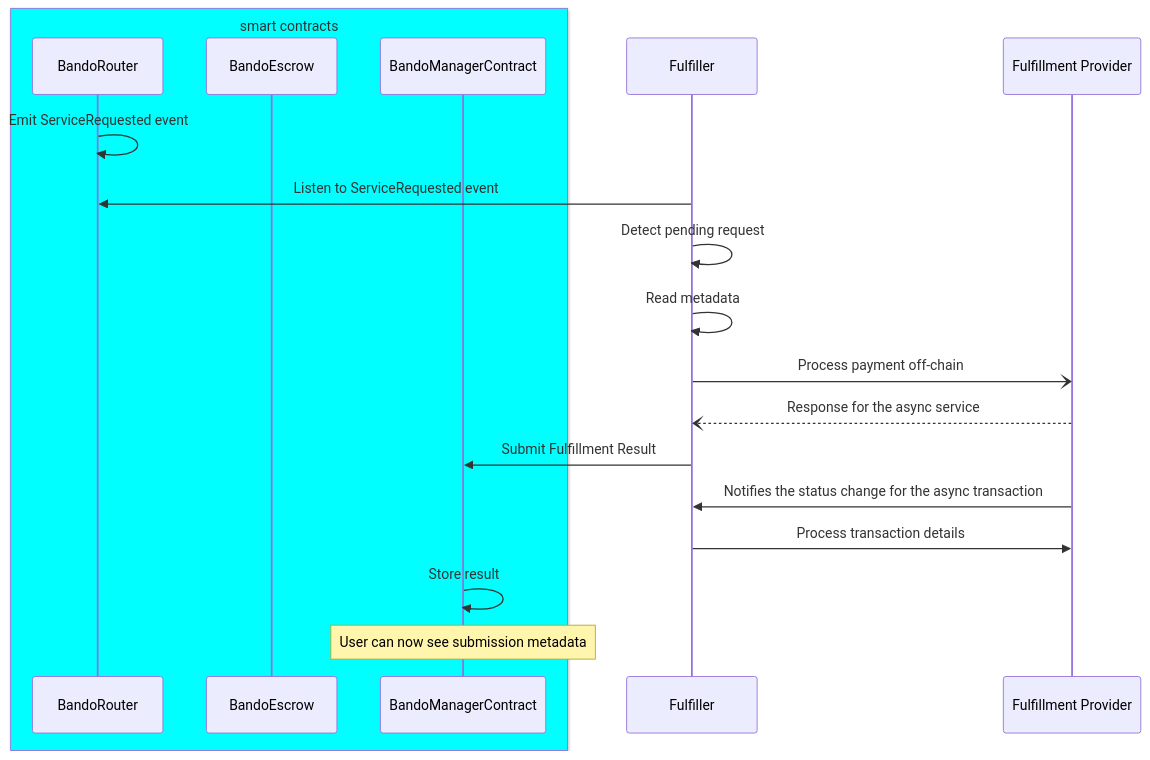
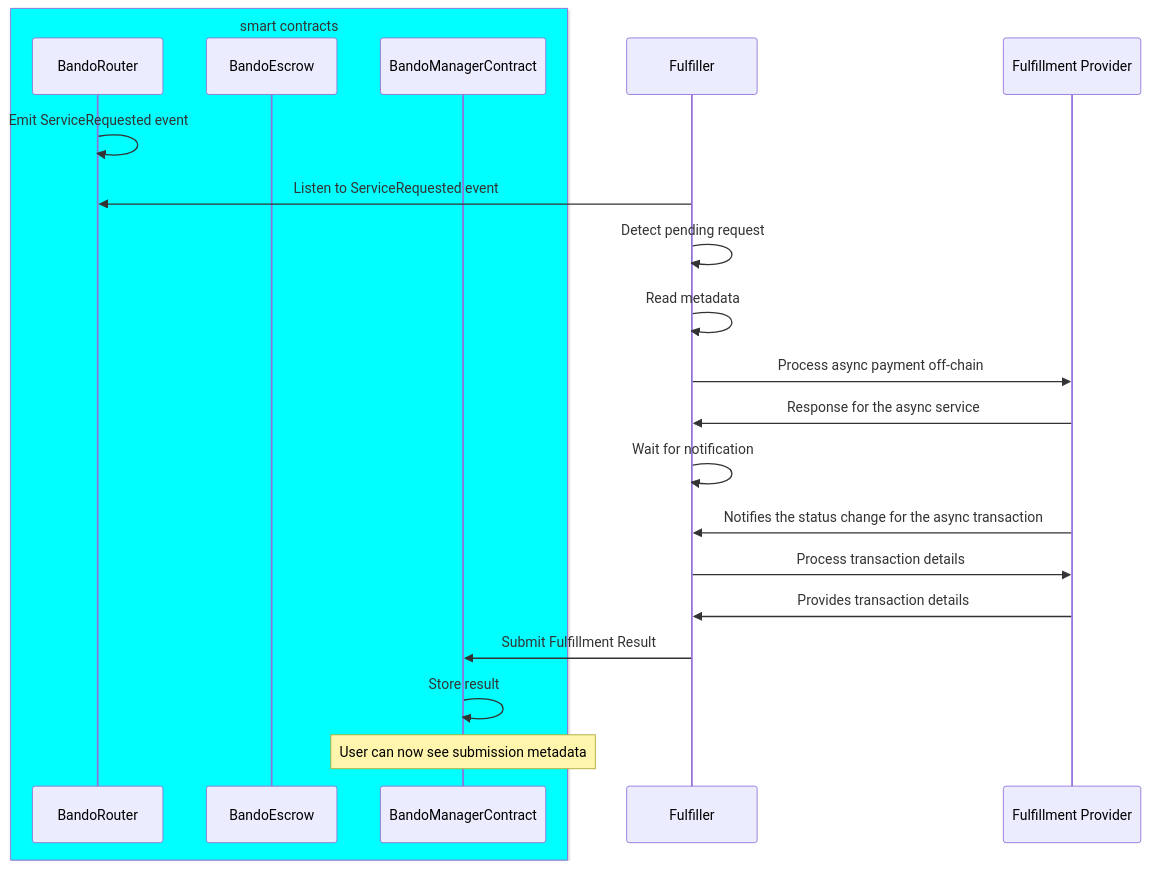
One commit to bandohq/docs changed the second of 2 diagrams in overview/order-fulfillment.md. Above: the diagram before and after it, drawn with Mermaid.

````diff
--- a/overview/order-fulfillment.md
+++ b/overview/order-fulfillment.md
@@ -50,22 +50,24 @@
 ```mermaid
 sequenceDiagram
 		box cyan smart contracts
 		    participant Router as BandoRouter
 		    participant Escrow as BandoEscrow
 		    participant Manager as BandoManagerContract
 		end
     participant Fulfiller
     participant FuP as Fulfillment Provider
 
     Router->>Router: Emit ServiceRequested event
     Fulfiller->>Router: Listen to ServiceRequested event
     Fulfiller->>Fulfiller: Detect pending request
     Fulfiller->>Fulfiller: Read metadata
-    Fulfiller-)FuP: Process payment off-chain
-    FuP--)Fulfiller: Response for the async service
-    Fulfiller->>Manager: Submit Fulfillment Result
+    Fulfiller->>FuP: Process async payment off-chain
+    FuP->>Fulfiller: Response for the async service
+    Fulfiller->>Fulfiller: Wait for notification
     FuP->>Fulfiller: Notifies the status change for the async transaction
     Fulfiller->>FuP: Process transaction details
+    FuP->>Fulfiller: Provides transaction details
+    Fulfiller->>Manager: Submit Fulfillment Result
     Manager->>Manager: Store result
     Note over Manager: User can now see submission metadata
 ```
````
